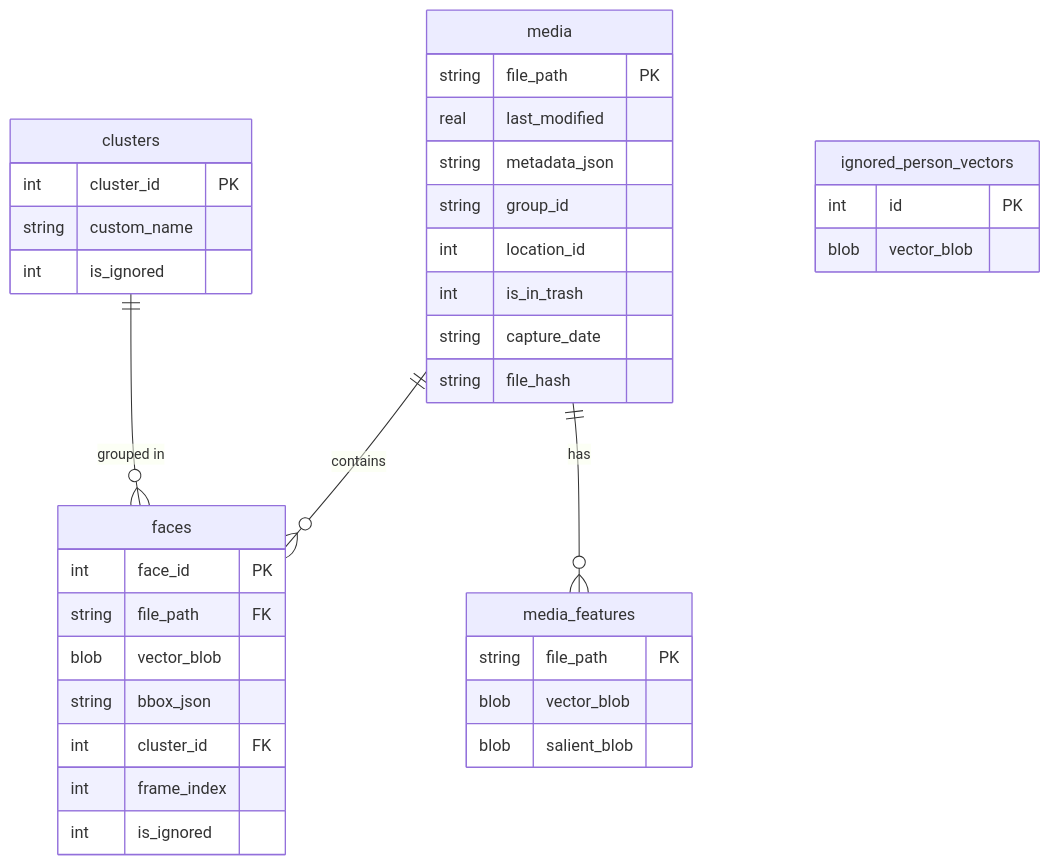
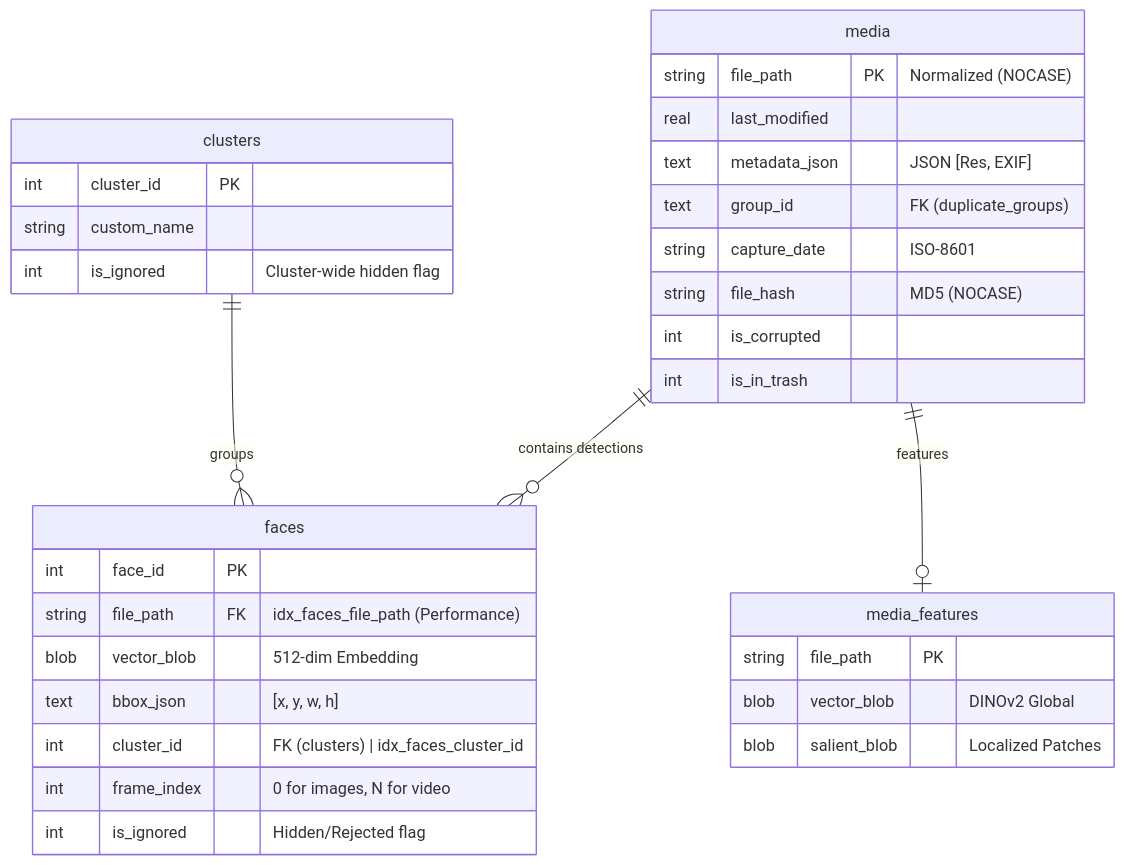
The diagram in docs/design/er_diagram.md (osakabe/PhotoArrange), drawn with Mermaid before and after one commit. The commit also changed other lines of this file and 99 other files, not shown here.

````diff
--- a/docs/design/er_diagram.md
+++ b/docs/design/er_diagram.md
@@ -3,44 +3,38 @@
 ```mermaid
 erDiagram
-    media ||--o{ faces : "contains"
-    media ||--o{ media_features : "has"
-    clusters ||--o{ faces : "grouped in"
-    
+    media ||--o{ faces : "contains detections"
     media {
-        string file_path PK
+        string file_path PK "Normalized (NOCASE)"
         real last_modified
-        string metadata_json
-        string group_id
-        int location_id
+        text metadata_json "JSON [Res, EXIF]"
+        text group_id "FK (duplicate_groups)"
+        string capture_date "ISO-8601"
+        string file_hash "MD5 (NOCASE)"
+        int is_corrupted
         int is_in_trash
-        string capture_date
-        string file_hash
     }
 
     faces {
         int face_id PK
-        string file_path FK
-        blob vector_blob
-        string bbox_json
-        int cluster_id FK
-        int frame_index
-        int is_ignored
+        string file_path FK "idx_faces_file_path (Performance)"
+        blob vector_blob "512-dim Embedding"
+        text bbox_json "[x, y, w, h]"
+        int cluster_id "FK (clusters) | idx_faces_cluster_id"
+        int frame_index "0 for images, N for video"
+        int is_ignored "Hidden/Rejected flag"
     }
 
+    clusters ||--o{ faces : "groups"
     clusters {
         int cluster_id PK
         string custom_name
-        int is_ignored
+        int is_ignored "Cluster-wide hidden flag"
     }
 
-    ignored_person_vectors {
-        int id PK
-        blob vector_blob
-    }
-
+    media ||--o| media_features : "features"
     media_features {
         string file_path PK
-        blob vector_blob
-        blob salient_blob
+        blob vector_blob "DINOv2 Global"
+        blob salient_blob "Localized Patches"
     }
 ```
````
